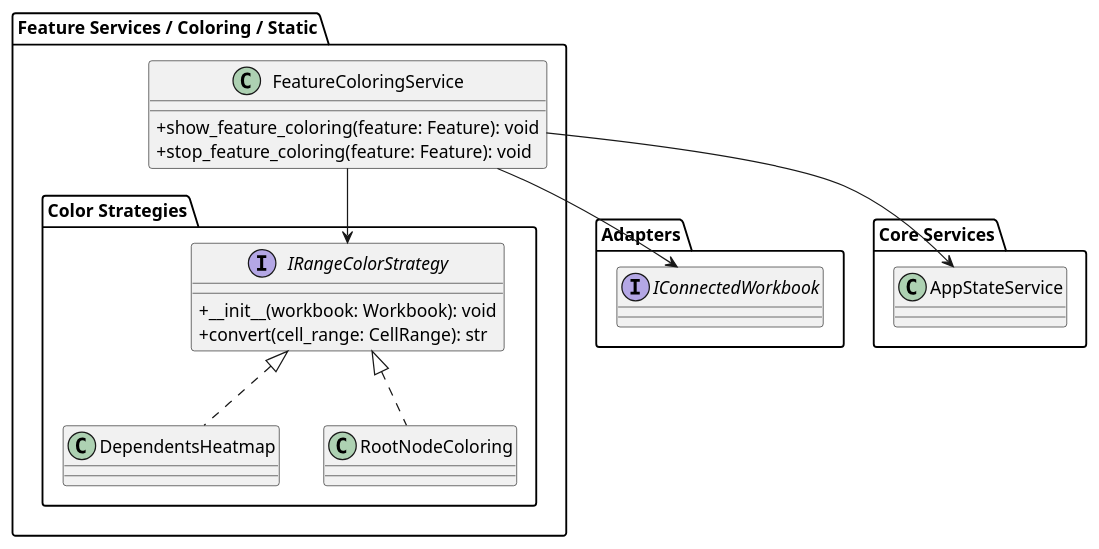
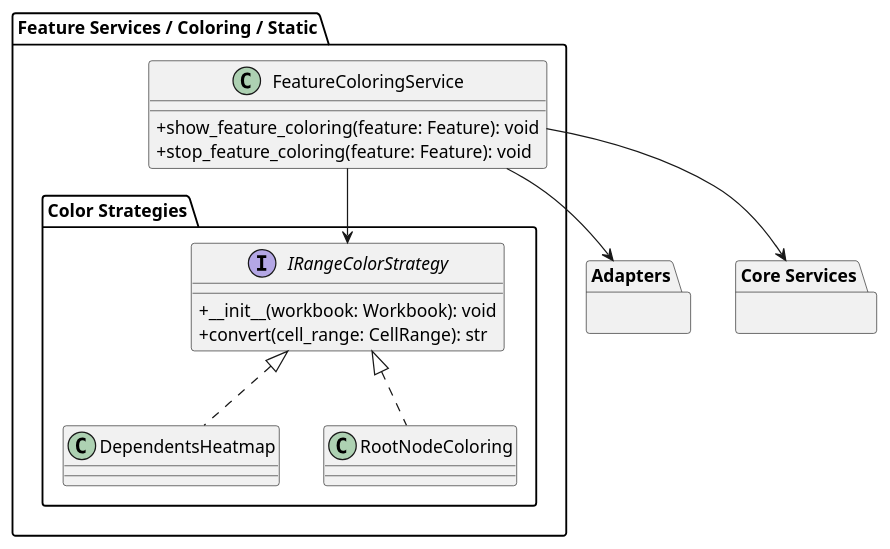
One commit to ByeByeExcel/SpreadsheetExplorer changed the diagram in diagrams/plantuml/architecture/class_diagram_services_static_coloring.puml. Above: the diagram before and after it, drawn with PlantUML. The commit also changed 16 other files, not shown here.

Commit message:
* replaced [] with <> in diagrams * made public properties private where possible

```diff
--- a/diagrams/plantuml/architecture/class_diagram_services_static_coloring.puml
+++ b/diagrams/plantuml/architecture/class_diagram_services_static_coloring.puml
@@ -1,40 +1,34 @@
 @startuml
 skinparam classAttributeIconSize 0
 
 ' === FEATURE SERVICES PACKAGE ===
 package "Feature Services / Coloring / Static" {
     class FeatureColoringService {
         + show_feature_coloring(feature: Feature): void
         + stop_feature_coloring(feature: Feature): void
     }
 
     package "Color Strategies" {
         interface IRangeColorStrategy {
             + __init__(workbook: Workbook): void
             + convert(cell_range: CellRange): str
         }
         class DependentsHeatmap
         class RootNodeColoring
 
         DependentsHeatmap .up.|> IRangeColorStrategy
         RootNodeColoring .up.|> IRangeColorStrategy
         FeatureColoringService --> IRangeColorStrategy
     }
 }
 
 ' === ADAPTERS ===
-package "Adapters" {
-    interface IConnectedWorkbook {
-    }
-}
-
+package "Adapters" {}
 ' === CORE SERVICES ===
-package "Core Services" {
-    class AppStateService
-}
+package "Core Services"{}
 
 ' === DEPENDENCIES ===
-FeatureColoringService --> AppStateService
-FeatureColoringService --> IConnectedWorkbook
+FeatureColoringService --> "Core Services"
+FeatureColoringService --> "Adapters"
 
 @enduml
```
